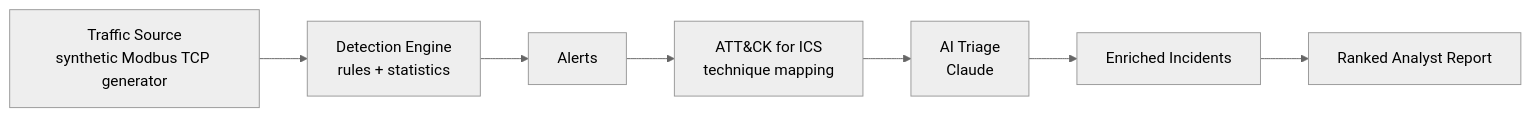
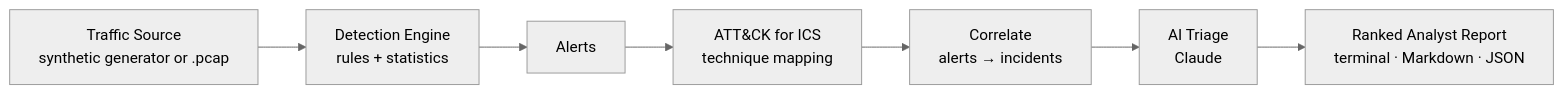
Before and after one commit to jamilf/OT-AI: the diagram in README.md, drawn with Mermaid (neutral theme). The commit also changed other lines of this file and 6 other files, not shown here.

````diff
--- a/README.md
+++ b/README.md
@@ -23,9 +23,9 @@
 ```mermaid
 flowchart LR
-    G[Traffic Source<br/>synthetic Modbus TCP generator] --> D[Detection Engine<br/>rules + statistics]
+    G[Traffic Source<br/>synthetic generator or .pcap] --> D[Detection Engine<br/>rules + statistics]
     D --> A[Alerts]
     A --> M[ATT&CK for ICS<br/>technique mapping]
-    M --> T[AI Triage<br/>Claude]
-    T --> E[Enriched Incidents]
-    E --> R[Ranked Analyst Report]
+    M --> C[Correlate<br/>alerts → incidents]
+    C --> T[AI Triage<br/>Claude]
+    T --> R[Ranked Analyst Report<br/>terminal · Markdown · JSON]
 ```
````
